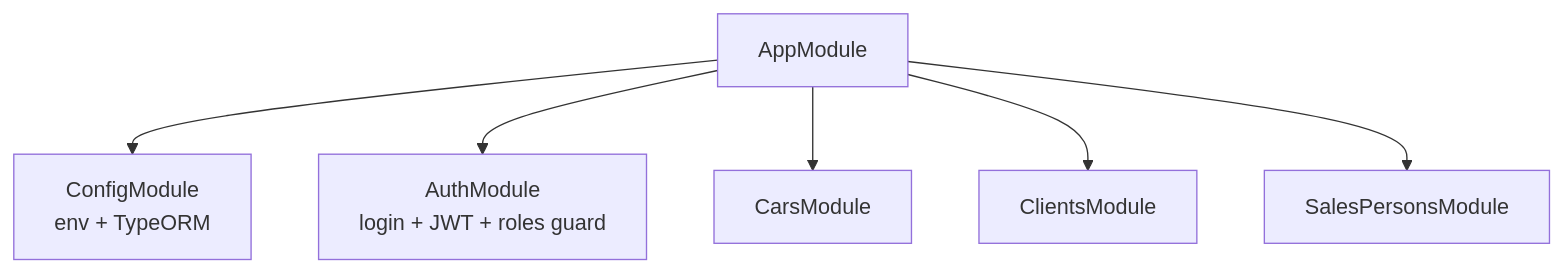
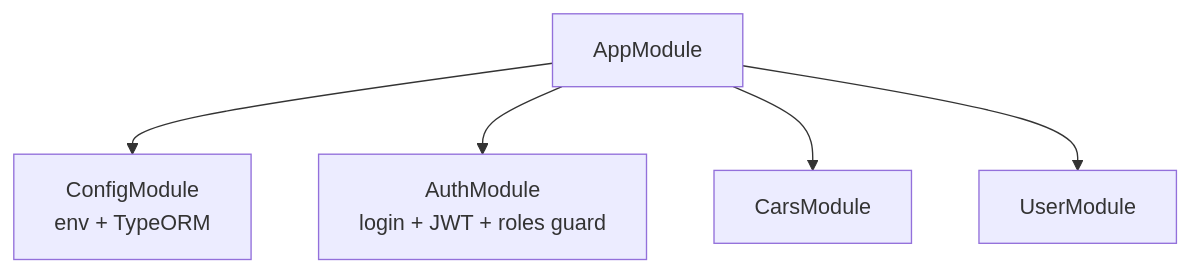
The third of 3 diagrams in architecture.md (kamol-ayyub/car_sales_system), drawn with Mermaid before and after one commit. The commit also changed other lines of this file and 21 other files, not shown here.

````diff
--- a/architecture.md
+++ b/architecture.md
@@ -104,16 +97,14 @@
 ```mermaid
 graph TD
     App[AppModule]
     Config[ConfigModule<br/>env + TypeORM]
     Auth[AuthModule<br/>login + JWT + roles guard]
 
     Car[CarsModule]
-    Client[ClientsModule]
-    SalesPerson[SalesPersonsModule]
+    User[UserModule]
 
     App --> Config
     App --> Auth
     App --> Car
-    App --> Client
-    App --> SalesPerson
+    App --> User
 ```
````
